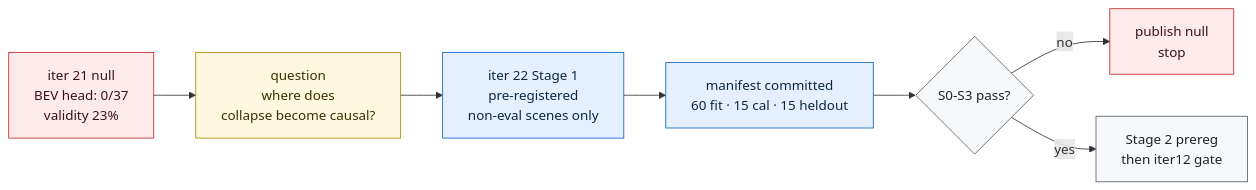
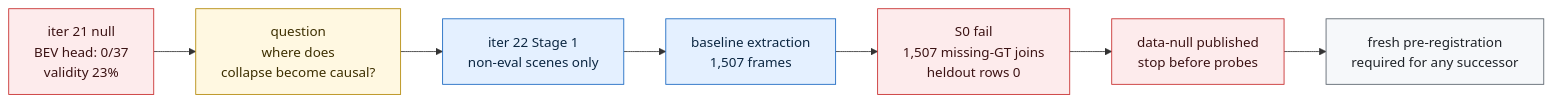
The third of 5 diagrams in README.md (manfromnowhere143/sentinel), drawn with Mermaid before and after one commit. The commit also changed other lines of this file and 5 other files, not shown here.

Commit message:
docs: publish iter22 stage1 data null

````diff
--- a/README.md
+++ b/README.md
@@ -125,17 +125,17 @@
 ```mermaid
 flowchart LR
   H21["iter 21 null<br/>BEV head: 0/37<br/>validity 23%"] --> Q["question<br/>where does<br/>collapse become causal?"]
-  Q --> P22["iter 22 Stage 1<br/>pre-registered<br/>non-eval scenes only"]
-  P22 --> M22["manifest committed<br/>60 fit · 15 cal · 15 heldout"]
-  M22 --> G22{"S0-S3 pass?"}
-  G22 -- "no" --> N22["publish null<br/>stop"]
-  G22 -- "yes" --> S2["Stage 2 prereg<br/>then iter12 gate"]
+  Q --> P22["iter 22 Stage 1<br/>non-eval scenes only"]
+  P22 --> E22["baseline extraction<br/>1,507 frames"]
+  E22 --> F22["S0 fail<br/>1,507 missing-GT joins<br/>heldout rows 0"]
+  F22 --> N22["data-null published<br/>stop before probes"]
+  N22 --> R22["fresh pre-registration<br/>required for any successor"]
   classDef bad fill:#fdebec,stroke:#c62828,color:#3b1213;
   classDef ask fill:#fff8e1,stroke:#b28704,color:#3d2f00;
   classDef active fill:#e4f0ff,stroke:#1565c0,color:#0c2742;
   classDef gate fill:#f6f8fa,stroke:#57606a,color:#1f2328;
-  class H21,N22 bad;
+  class H21,F22,N22 bad;
   class Q ask;
-  class P22,M22 active;
-  class G22,S2 gate;
+  class P22,E22 active;
+  class R22 gate;
 ```
````
